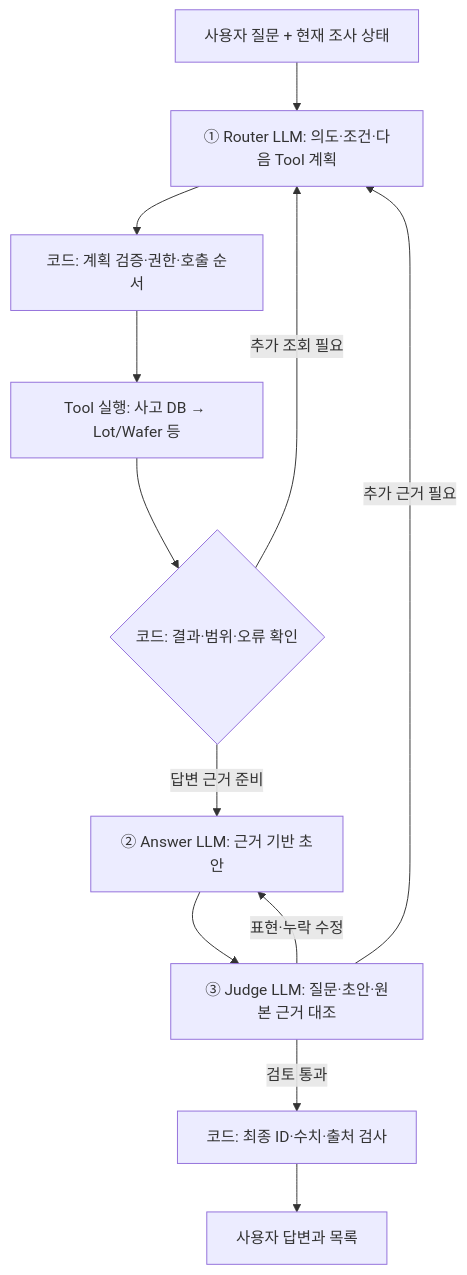
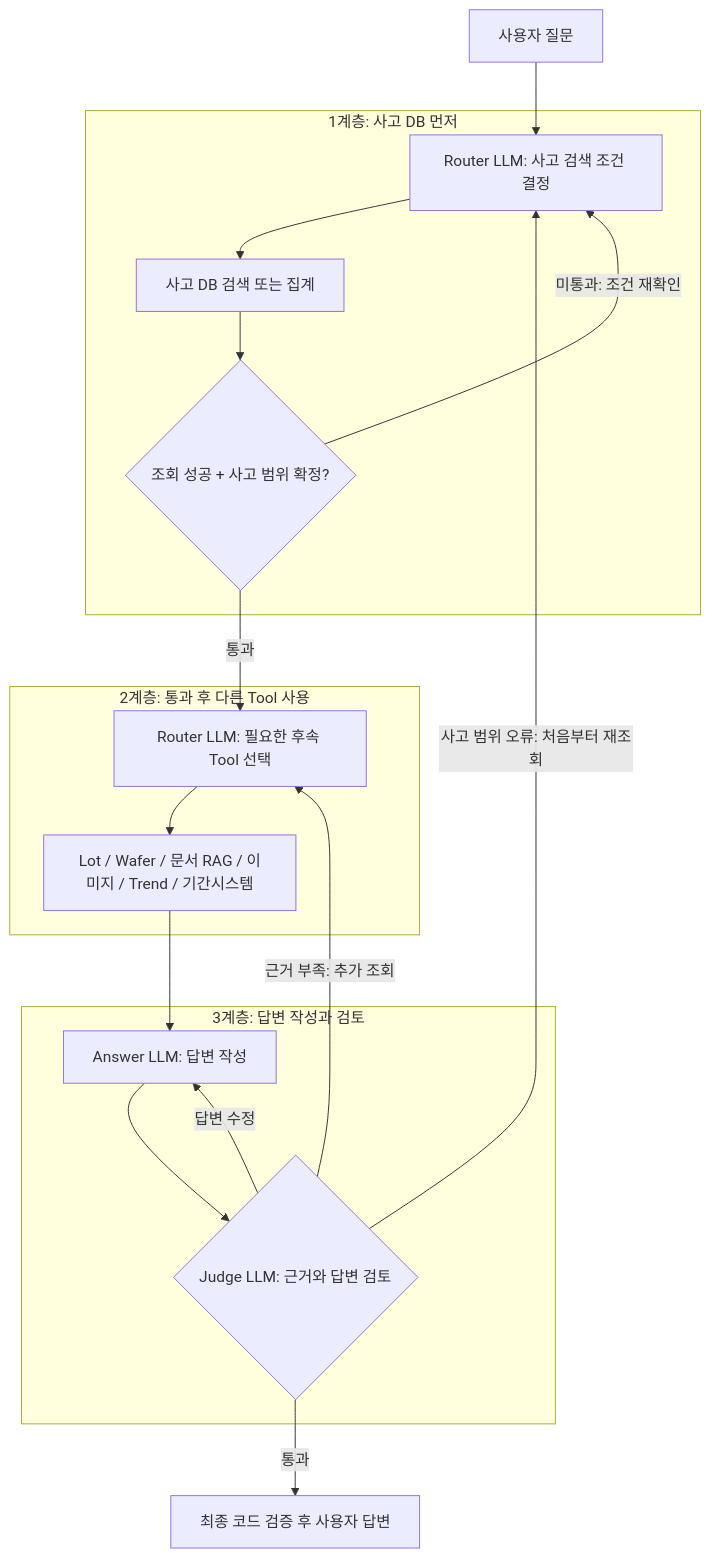
One commit to hogil/q-agent changed the diagram in docs/current/ARCHITECTURE_AND_PLAN.md. Above: the diagram before and after it, drawn with Mermaid. The commit also changed 6 other files, not shown here.

First line of the commit message:
Show top-down incident-first hierarchy and Judge return paths

````diff
--- a/docs/current/ARCHITECTURE_AND_PLAN.md
+++ b/docs/current/ARCHITECTURE_AND_PLAN.md
@@ -11,14 +11,29 @@
 ```mermaid
-flowchart TD
-  U["사용자 질문 + 현재 조사 상태"] --> R["① Router LLM: 의도·조건·다음 Tool 계획"]
-  R --> G["코드: 계획 검증·권한·호출 순서"]
-  G --> T["Tool 실행: 사고 DB → Lot/Wafer 등"]
-  T --> E{"코드: 결과·범위·오류 확인"}
-  E -->|추가 조회 필요| R
-  E -->|답변 근거 준비| A["② Answer LLM: 근거 기반 초안"]
-  A --> J["③ Judge LLM: 질문·초안·원본 근거 대조"]
-  J -->|표현·누락 수정| A
-  J -->|추가 근거 필요| R
-  J -->|검토 통과| F["코드: 최종 ID·수치·출처 검사"]
-  F --> V["사용자 답변과 목록"]
+flowchart TB
+    Q["사용자 질문"]
+    subgraph FIRST["1계층: 사고 DB 먼저"]
+        R1["Router LLM: 사고 검색 조건 결정"]
+        DB["사고 DB 검색 또는 집계"]
+        G{"조회 성공 + 사고 범위 확정?"}
+        R1 --> DB --> G
+    end
+    subgraph SECOND["2계층: 통과 후 다른 Tool 사용"]
+        R2["Router LLM: 필요한 후속 Tool 선택"]
+        T["Lot / Wafer / 문서 RAG / 이미지 / Trend / 기간시스템"]
+        R2 --> T
+    end
+    subgraph THIRD["3계층: 답변 작성과 검토"]
+        A["Answer LLM: 답변 작성"]
+        J{"Judge LLM: 근거와 답변 검토"}
+        A --> J
+    end
+    F["최종 코드 검증 후 사용자 답변"]
+    Q --> R1
+    G -->|통과| R2
+    G -->|미통과: 조건 재확인| R1
+    T --> A
+    J -->|근거 부족: 추가 조회| R2
+    J -->|사고 범위 오류: 처음부터 재조회| R1
+    J -->|답변 수정| A
+    J -->|통과| F
 ```
````
